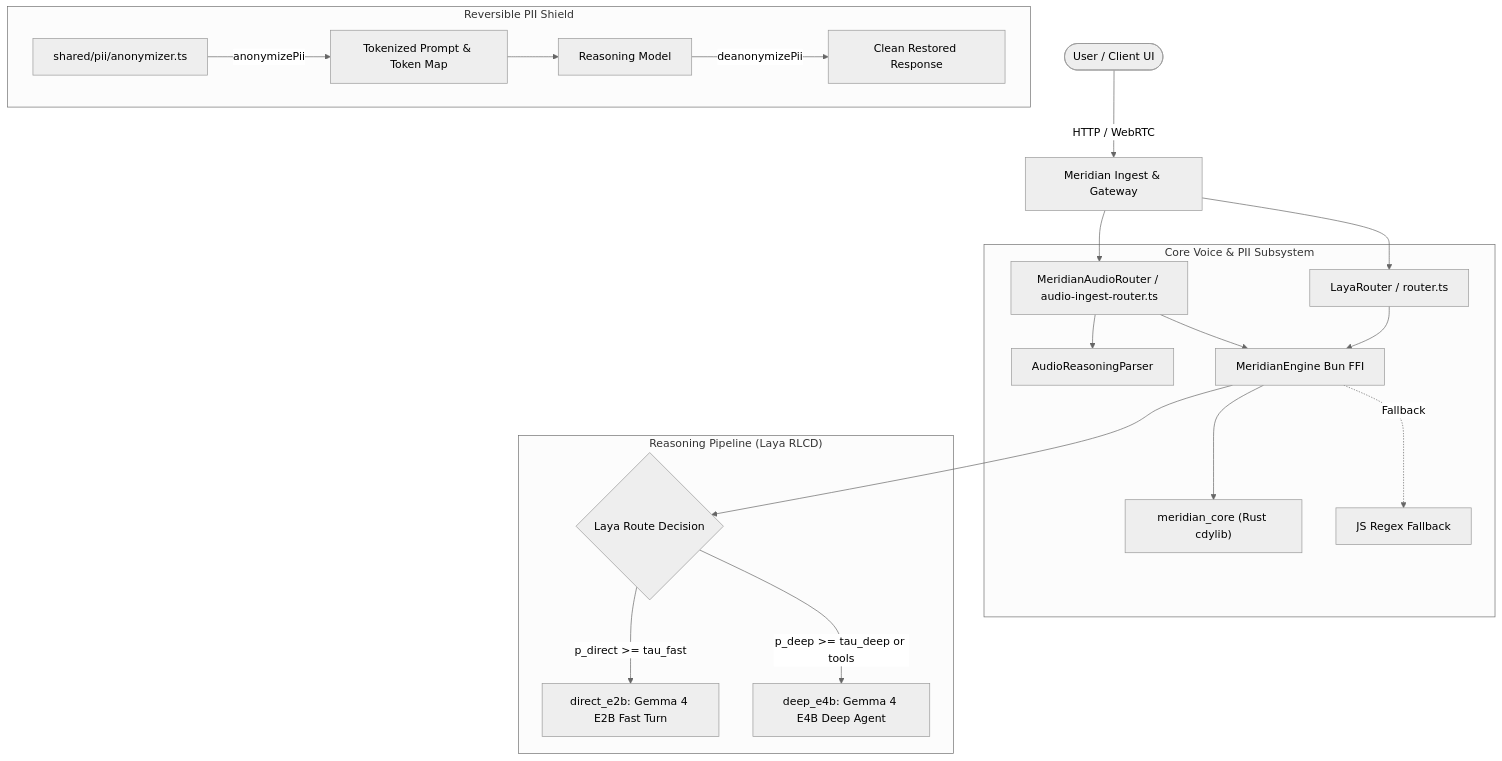
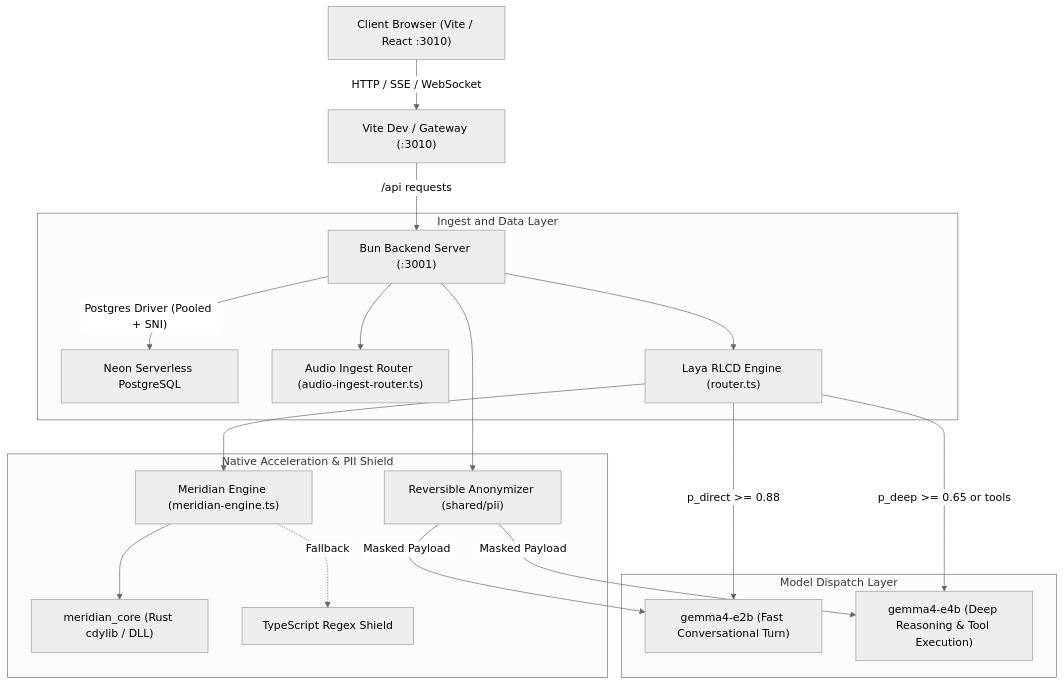
Before and after one commit to itsyashvardhan/meridian: the diagram in brain.md, drawn with Mermaid (neutral theme). The commit also changed other lines of this file, not shown here.

Commit message:
docs: draft final Meridian product specification in brain.md

````diff
--- a/brain.md
+++ b/brain.md
@@ -25,26 +23,25 @@
 ```mermaid
 graph TD
-    User([User / Client UI]) -->|HTTP / WebRTC| Gateway[Meridian Ingest & Gateway]
-    Gateway --> AudioRouter[MeridianAudioRouter / audio-ingest-router.ts]
-    Gateway --> LayaRouter[LayaRouter / router.ts]
+    Client["Client Browser (Vite / React :3010)"] -->|"HTTP / SSE / WebSocket"| ReverseProxy["Vite Dev / Gateway (:3010)"]
+    ReverseProxy -->|"/api requests"| AppServer["Bun Backend Server (:3001)"]
     
-    subgraph "Core Voice & PII Subsystem"
-        AudioRouter --> AudioParser[AudioReasoningParser]
-        AudioRouter --> MeridianEngine[MeridianEngine Bun FFI]
-        LayaRouter --> MeridianEngine
-        MeridianEngine --> NativeLib["meridian_core (Rust cdylib)"]
-        MeridianEngine -.->|Fallback| FfiFallback[JS Regex Fallback]
+    subgraph "Ingest and Data Layer"
+        AppServer -->|"Postgres Driver (Pooled + SNI)"| NeonDB["Neon Serverless PostgreSQL"]
+        AppServer --> VoiceRouter["Audio Ingest Router (audio-ingest-router.ts)"]
+        AppServer --> LayaEngine["Laya RLCD Engine (router.ts)"]
     end
 
-    subgraph "Reasoning Pipeline (Laya RLCD)"
-        MeridianEngine --> RoutingDecision{Laya Route Decision}
-        RoutingDecision -->|p_direct >= tau_fast| FastRoute[direct_e2b: Gemma 4 E2B Fast Turn]
-        RoutingDecision -->|p_deep >= tau_deep or tools| DeepRoute[deep_e4b: Gemma 4 E4B Deep Agent]
+    subgraph "Native Acceleration & PII Shield"
+        LayaEngine --> FfiBridge["Meridian Engine (meridian-engine.ts)"]
+        FfiBridge --> NativeLib["meridian_core (Rust cdylib / DLL)"]
+        FfiBridge -.->|Fallback| RegexFallback["TypeScript Regex Shield"]
+        AppServer --> PiiFilter["Reversible Anonymizer (shared/pii)"]
     end
 
-    subgraph "Reversible PII Shield"
-        PIIModule[shared/pii/anonymizer.ts] -->|anonymizePii| AnonymizedPayload[Tokenized Prompt & Token Map]
-        AnonymizedPayload --> Model[Reasoning Model]
-        Model -->|deanonymizePii| RestoredOutput[Clean Restored Response]
+    subgraph "Model Dispatch Layer"
+        LayaEngine -->|"p_direct >= 0.88"| FastRoute["gemma4-e2b (Fast Conversational Turn)"]
+        LayaEngine -->|"p_deep >= 0.65 or tools"| DeepRoute["gemma4-e4b (Deep Reasoning & Tool Execution)"]
+        PiiFilter -->|"Masked Payload"| FastRoute
+        PiiFilter -->|"Masked Payload"| DeepRoute
     end
 ```
````
